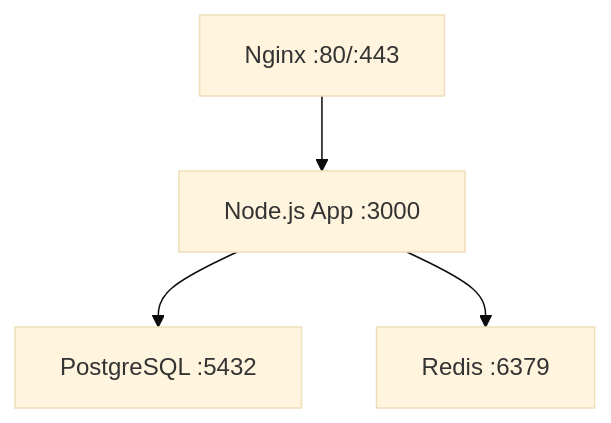
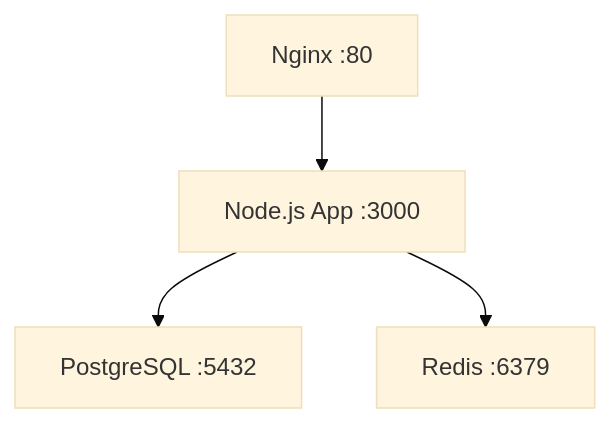
The diagram in posts/2026-02-21-how-to-use-ansible-to-deploy-applications-with-docker-compose/README.md (OneUptime/blog), drawn with Mermaid (base theme) before and after one commit. The commit also changed other lines of this file and 2 other files, not shown here.

````diff
--- a/posts/2026-02-21-how-to-use-ansible-to-deploy-applications-with-docker-compose/README.md
+++ b/posts/2026-02-21-how-to-use-ansible-to-deploy-applications-with-docker-compose/README.md
@@ -19,6 +19,6 @@
 ```mermaid
 flowchart TD
-    A[Nginx :80/:443] --> B[Node.js App :3000]
+    A[Nginx :80] --> B[Node.js App :3000]
     B --> C[PostgreSQL :5432]
     B --> D[Redis :6379]
 ```
````
